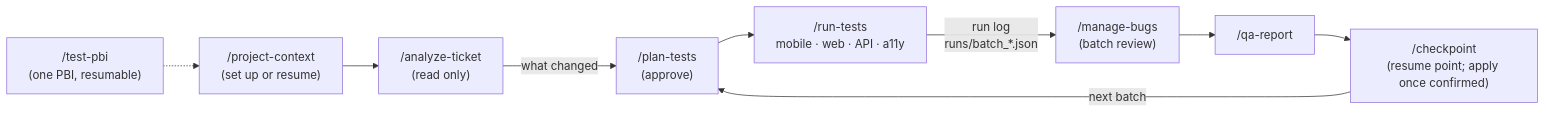
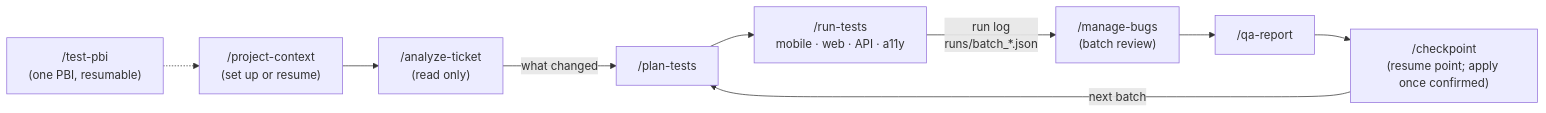
The diagram in README.md (palmeida98/qa-assistant), drawn with Mermaid before and after one commit. The commit also changed other lines of this file and 3 other files, not shown here.

````diff
--- a/README.md
+++ b/README.md
@@ -86,11 +85,11 @@
 ```mermaid
 flowchart LR
   O["/project-context<br/>(set up or resume)"] --> T["/analyze-ticket<br/>(read only)"]
-  T -->|"what changed"| P["/plan-tests<br/>(approve)"]
+  T -->|"what changed"| P["/plan-tests"]
   P --> E["/run-tests<br/>mobile · web · API · a11y"]
   E -->|"run log<br/>runs/batch_*.json"| B["/manage-bugs<br/>(batch review)"]
   B --> R["/qa-report"]
   R --> C["/checkpoint<br/>(resume point; apply once confirmed)"]
   C -->|next batch| P
   X["/test-pbi<br/>(one PBI, resumable)"] -.-> O
 ```
````
